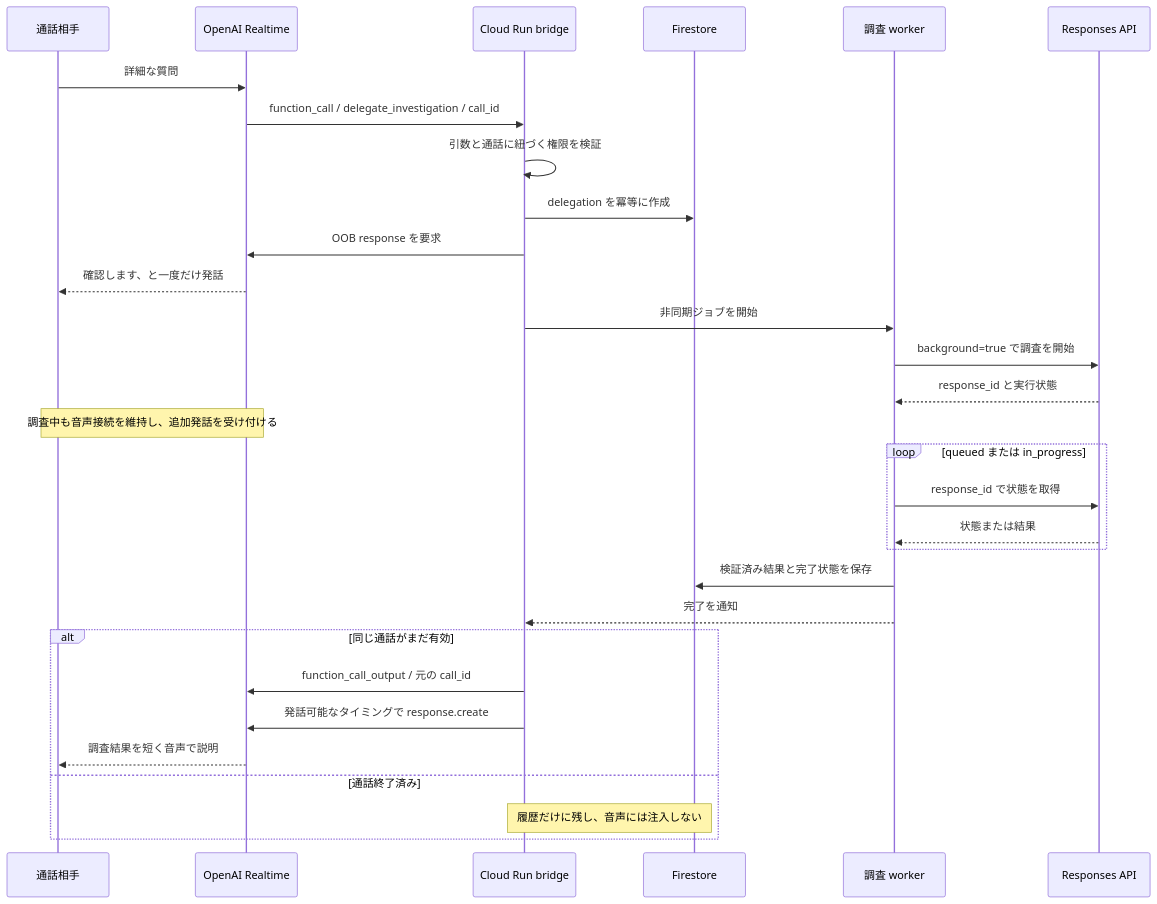
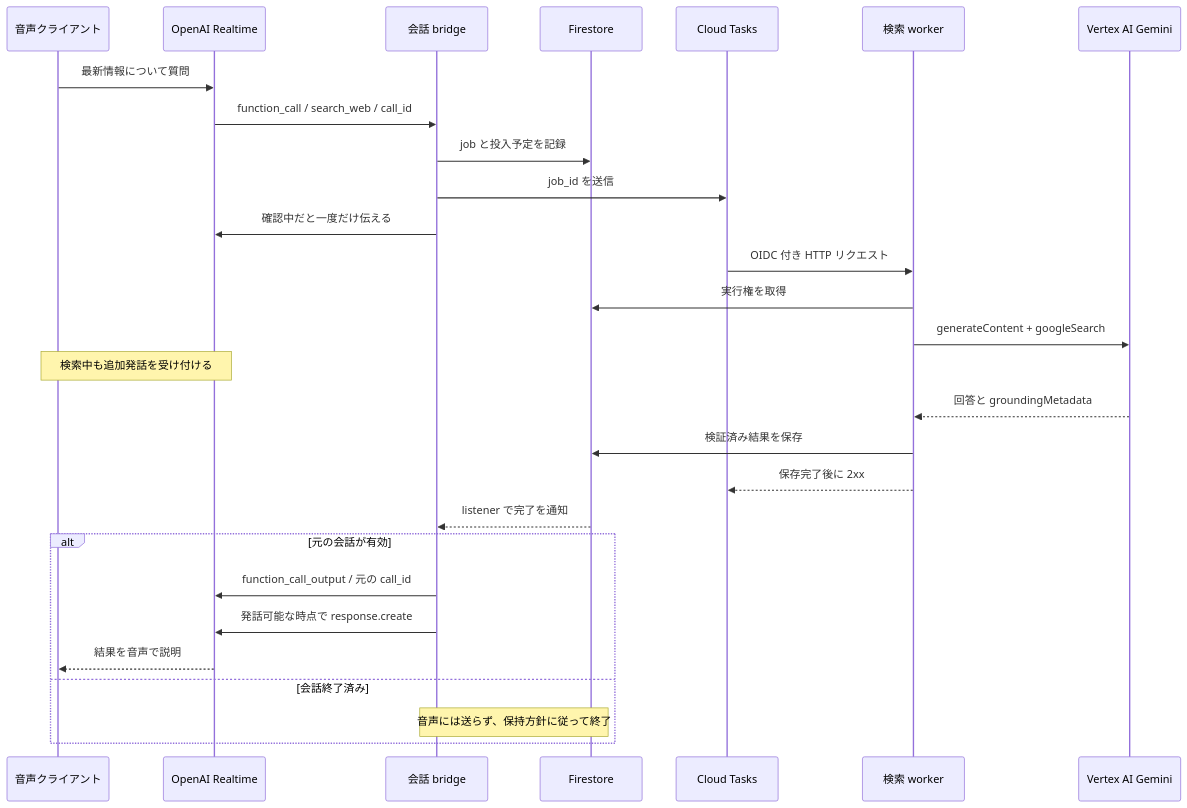
The diagram in doc/ja-jp/realtime-async-delegation.md (rtree/LIFELiNK), drawn with Mermaid before and after one commit. The commit also changed other lines of this file and 2 other files, not shown here.

Commit message:
docs: generalize Realtime guide for Vertex AI search grounding

````diff
--- a/doc/ja-jp/realtime-async-delegation.md
+++ b/doc/ja-jp/realtime-async-delegation.md
@@ -32,33 +44,31 @@
 ```mermaid
 sequenceDiagram
-    participant Human as 通話相手
+    participant User as 音声クライアント
     participant RT as OpenAI Realtime
-    participant Backend as Cloud Run bridge
+    participant Bridge as 会話 bridge
     participant DB as Firestore
-    participant Worker as 調査 worker
-    participant Responses as Responses API
+    participant Queue as Cloud Tasks
+    participant Worker as 検索 worker
+    participant Vertex as Vertex AI Gemini
 
-    Human->>RT: 詳細な質問
-    RT->>Backend: function_call / delegate_investigation / call_id
-    Backend->>Backend: 引数と通話に紐づく権限を検証
-    Backend->>DB: delegation を冪等に作成
-    Backend->>RT: OOB response を要求
-    RT-->>Human: 確認します、と一度だけ発話
-    Backend->>Worker: 非同期ジョブを開始
-    Worker->>Responses: background=true で調査を開始
-    Responses-->>Worker: response_id と実行状態
-    Note over Human,RT: 調査中も音声接続を維持し、追加発話を受け付ける
-    loop queued または in_progress
-        Worker->>Responses: response_id で状態を取得
-        Responses-->>Worker: 状態または結果
-    end
-    Worker->>DB: 検証済み結果と完了状態を保存
-    Worker-->>Backend: 完了を通知
-    alt 同じ通話がまだ有効
-        Backend->>RT: function_call_output / 元の call_id
-        Backend->>RT: 発話可能なタイミングで response.create
-        RT-->>Human: 調査結果を短く音声で説明
-    else 通話終了済み
-        Note over Backend,DB: 履歴だけに残し、音声には注入しない
+    User->>RT: 最新情報について質問
+    RT->>Bridge: function_call / search_web / call_id
+    Bridge->>DB: job と投入予定を記録
+    Bridge->>Queue: job_id を送信
+    Bridge->>RT: 確認中だと一度だけ伝える
+    Queue->>Worker: OIDC 付き HTTP リクエスト
+    Worker->>DB: 実行権を取得
+    Worker->>Vertex: generateContent + googleSearch
+    Note over User,RT: 検索中も追加発話を受け付ける
+    Vertex-->>Worker: 回答と groundingMetadata
+    Worker->>DB: 検証済み結果を保存
+    Worker-->>Queue: 保存完了後に 2xx
+    DB-->>Bridge: listener で完了を通知
+    alt 元の会話が有効
+        Bridge->>RT: function_call_output / 元の call_id
+        Bridge->>RT: 発話可能な時点で response.create
+        RT-->>User: 結果を音声で説明
+    else 会話終了済み
+        Note over Bridge,DB: 音声には送らず、保持方針に従って終了
     end
 ```
````
